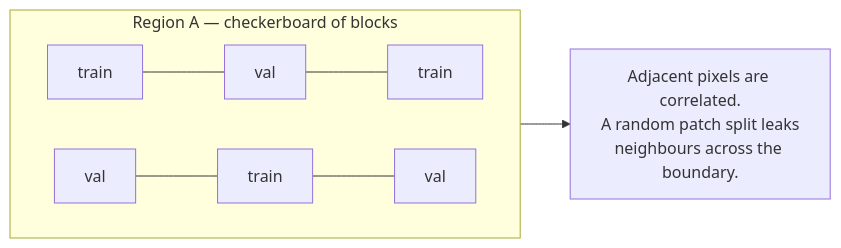
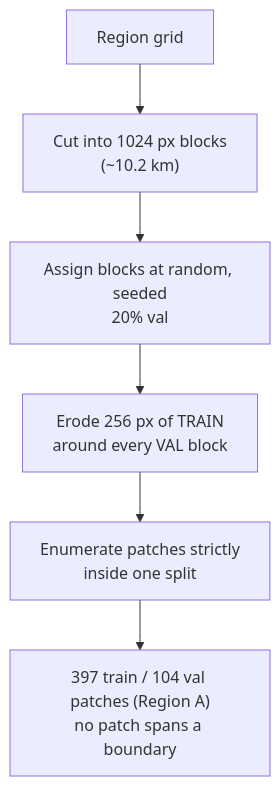
Before and after one commit to Divyanshb30/GeoRescue: the third of 6 diagrams in ARCHITECTURE.md, drawn with Mermaid. The commit also changed other lines of this file and 4 other files, not shown here.

````diff
--- a/ARCHITECTURE.md
+++ b/ARCHITECTURE.md
@@ -199,9 +201,8 @@
 ```mermaid
-flowchart LR
-    subgraph REG["Region A — checkerboard of blocks"]
-        direction LR
-        B1["train"] --- B2["val"] --- B3["train"]
-        B4["val"] --- B5["train"] --- B6["val"]
-    end
-    REG --> NOTE["Adjacent pixels are correlated.<br/>A random patch split leaks<br/>neighbours across the boundary."]
+flowchart TD
+    G["Region grid"] --> B["Cut into 1024 px blocks<br/>(~10.2 km)"]
+    B --> R["Assign blocks at random, seeded<br/>20% val"]
+    R --> BUF["Erode 256 px of TRAIN<br/>around every VAL block"]
+    BUF --> P["Enumerate patches strictly<br/>inside one split"]
+    P --> OUT["397 train / 104 val patches (Region A)<br/>no patch spans a boundary"]
 ```
````
